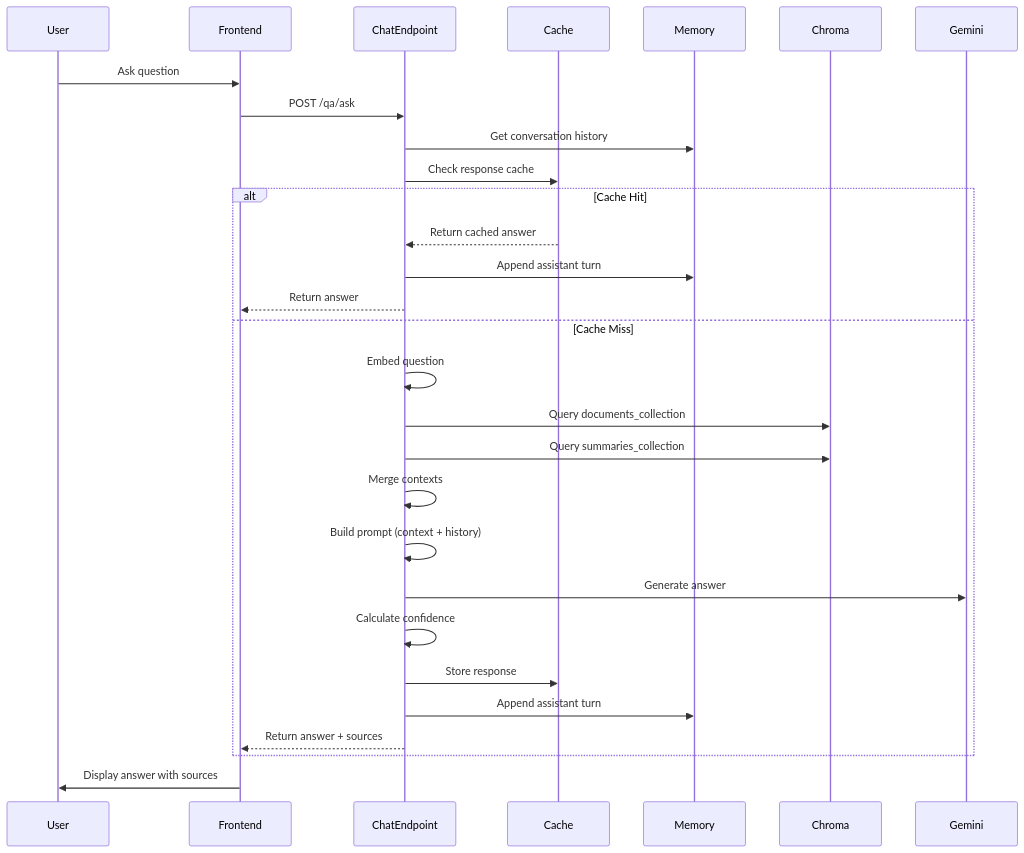
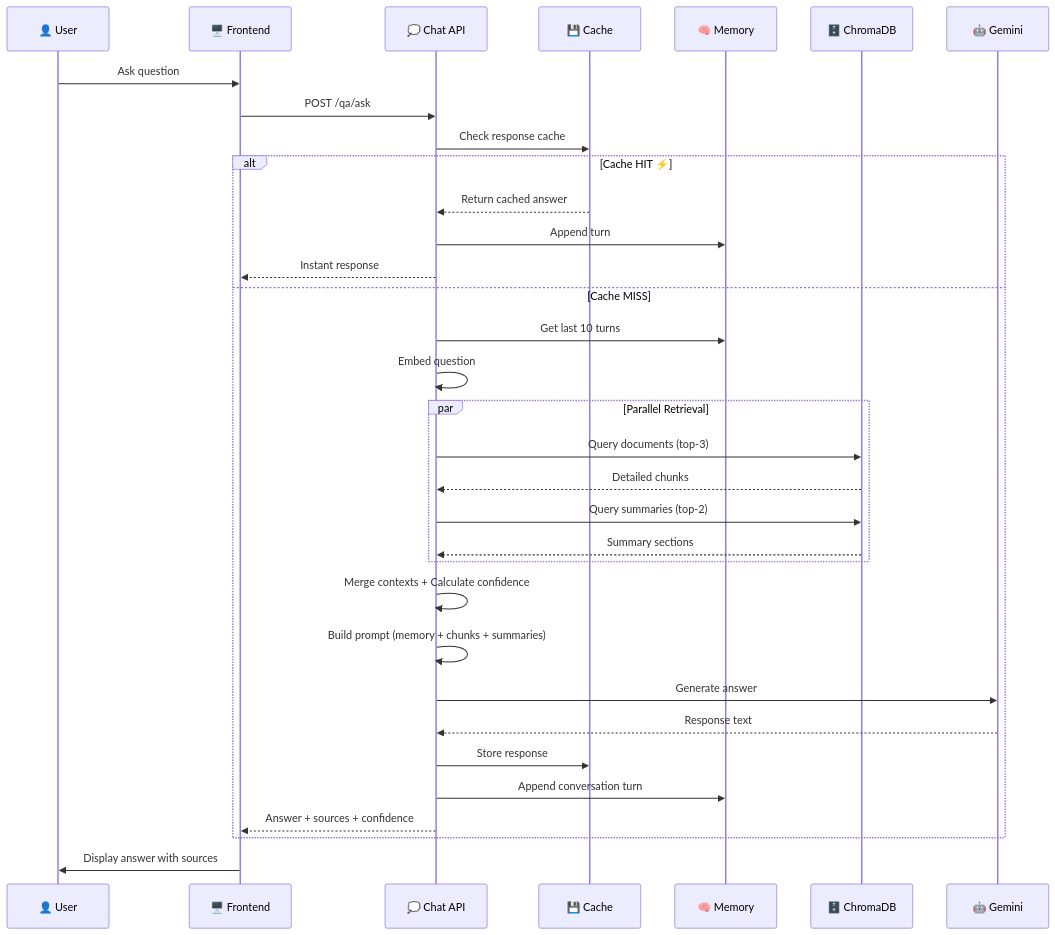
One commit to Imashanilupul/Research-Application-CAG changed the third of 3 diagrams in README.md. Above: the diagram before and after it, drawn with Mermaid. The commit also changed other lines of this file and 2 other files, not shown here.

````diff
--- a/README.md
+++ b/README.md
@@ -89,34 +120,41 @@
 ```mermaid
 sequenceDiagram
-    participant User
-    participant Frontend
-    participant ChatEndpoint
-    participant Cache
-    participant Memory
-    participant Chroma
-    participant Gemini
+    participant User as 👤 User
+    participant Frontend as 🖥️ Frontend
+    participant Chat as 💭 Chat API
+    participant Cache as 💾 Cache
+    participant Memory as 🧠 Memory
+    participant ChromaDB as 🗄️ ChromaDB
+    participant Gemini as 🤖 Gemini
     
     User->>Frontend: Ask question
-    Frontend->>ChatEndpoint: POST /qa/ask
-    ChatEndpoint->>Memory: Get conversation history
-    ChatEndpoint->>Cache: Check response cache
+    Frontend->>Chat: POST /qa/ask
+    Chat->>Cache: Check response cache
     
-    alt Cache Hit
-        Cache-->>ChatEndpoint: Return cached answer
-        ChatEndpoint->>Memory: Append assistant turn
-        ChatEndpoint-->>Frontend: Return answer
-    else Cache Miss
-        ChatEndpoint->>ChatEndpoint: Embed question
-        ChatEndpoint->>Chroma: Query documents_collection
-        ChatEndpoint->>Chroma: Query summaries_collection
-        ChatEndpoint->>ChatEndpoint: Merge contexts
-        ChatEndpoint->>ChatEndpoint: Build prompt (context + history)
-        ChatEndpoint->>Gemini: Generate answer
-        ChatEndpoint->>ChatEndpoint: Calculate confidence
-        ChatEndpoint->>Cache: Store response
-        ChatEndpoint->>Memory: Append assistant turn
-        ChatEndpoint-->>Frontend: Return answer + sources
+    alt Cache HIT ⚡
+        Cache-->>Chat: Return cached answer
+        Chat->>Memory: Append turn
+        Chat-->>Frontend: Instant response
+    else Cache MISS
+        Chat->>Memory: Get last 10 turns
+        Chat->>Chat: Embed question
+        
+        par Parallel Retrieval
+            Chat->>ChromaDB: Query documents (top-3)
+            ChromaDB-->>Chat: Detailed chunks
+            Chat->>ChromaDB: Query summaries (top-2)
+            ChromaDB-->>Chat: Summary sections
+        end
+        
+        Chat->>Chat: Merge contexts + Calculate confidence
+        Chat->>Chat: Build prompt (memory + chunks + summaries)
+        Chat->>Gemini: Generate answer
+        Gemini-->>Chat: Response text
+        
+        Chat->>Cache: Store response
+        Chat->>Memory: Append conversation turn
+        Chat-->>Frontend: Answer + sources + confidence
     end
     
     Frontend->>User: Display answer with sources
 ```
````
